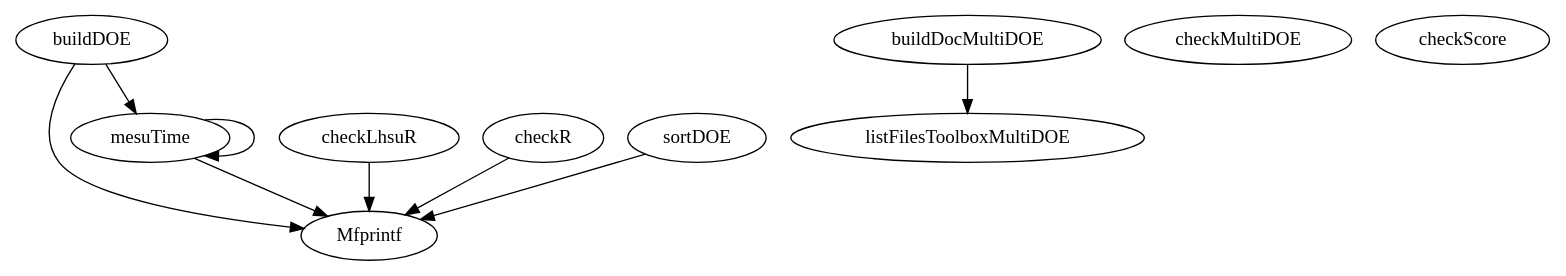
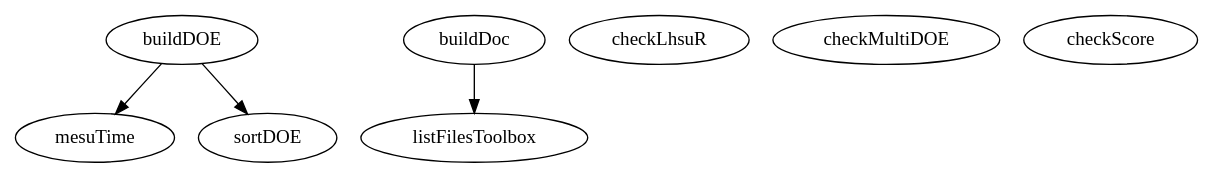
One commit to luclaurent/MultiDOE changed the diagram in doc/MultiDOE/src/various/graph.dot. Above: the diagram before and after it, drawn with Graphviz. The commit also changed 107 other files, not shown here.

```diff
--- a/doc/MultiDOE/src/various/graph.dot
+++ b/doc/MultiDOE/src/various/graph.dot
@@ -1,22 +1,15 @@
 /* Created by mdot for Matlab */
 digraph m2html {
-  buildDOE -> Mfprintf;
   buildDOE -> mesuTime;
-  buildDocMultiDOE -> listFilesToolboxMultiDOE;
-  checkLhsuR -> Mfprintf;
-  checkR -> Mfprintf;
-  mesuTime -> Mfprintf;
-  mesuTime -> mesuTime;
-  sortDOE -> Mfprintf;
+  buildDOE -> sortDOE;
+  buildDoc -> listFilesToolbox;
 
-  Mfprintf [URL="Mfprintf.html"];
   buildDOE [URL="buildDOE.html"];
-  buildDocMultiDOE [URL="buildDocMultiDOE.html"];
+  buildDoc [URL="buildDoc.html"];
   checkLhsuR [URL="checkLhsuR.html"];
   checkMultiDOE [URL="checkMultiDOE.html"];
-  checkR [URL="checkR.html"];
   checkScore [URL="checkScore.html"];
-  listFilesToolboxMultiDOE [URL="listFilesToolboxMultiDOE.html"];
+  listFilesToolbox [URL="listFilesToolbox.html"];
   mesuTime [URL="mesuTime.html"];
   sortDOE [URL="sortDOE.html"];
 }
```
